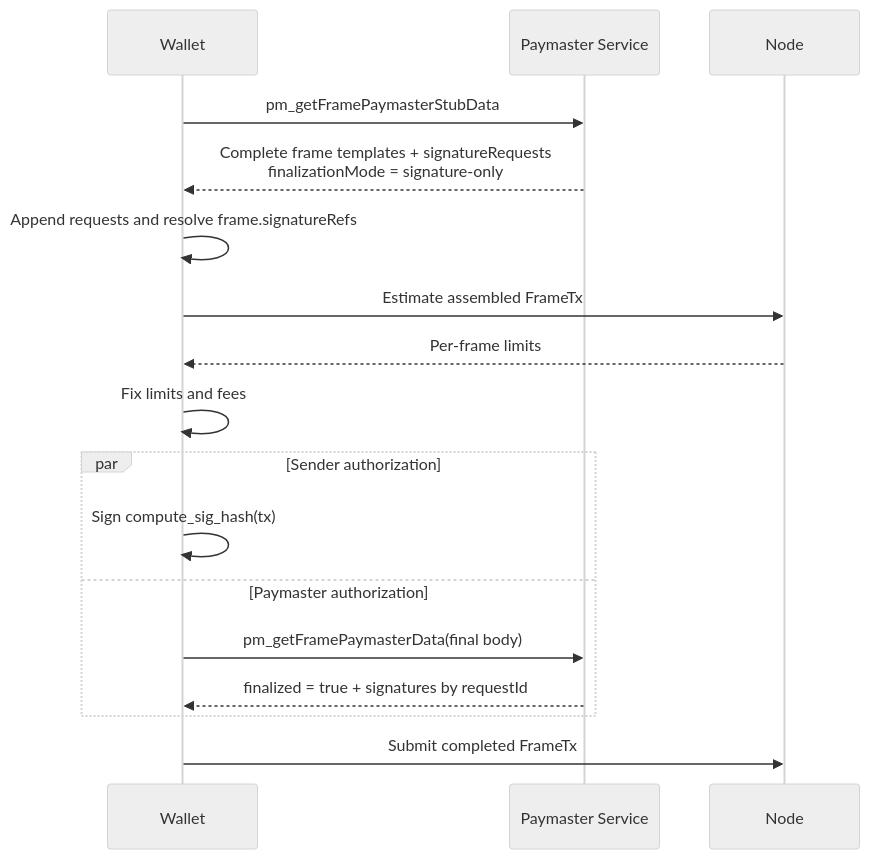
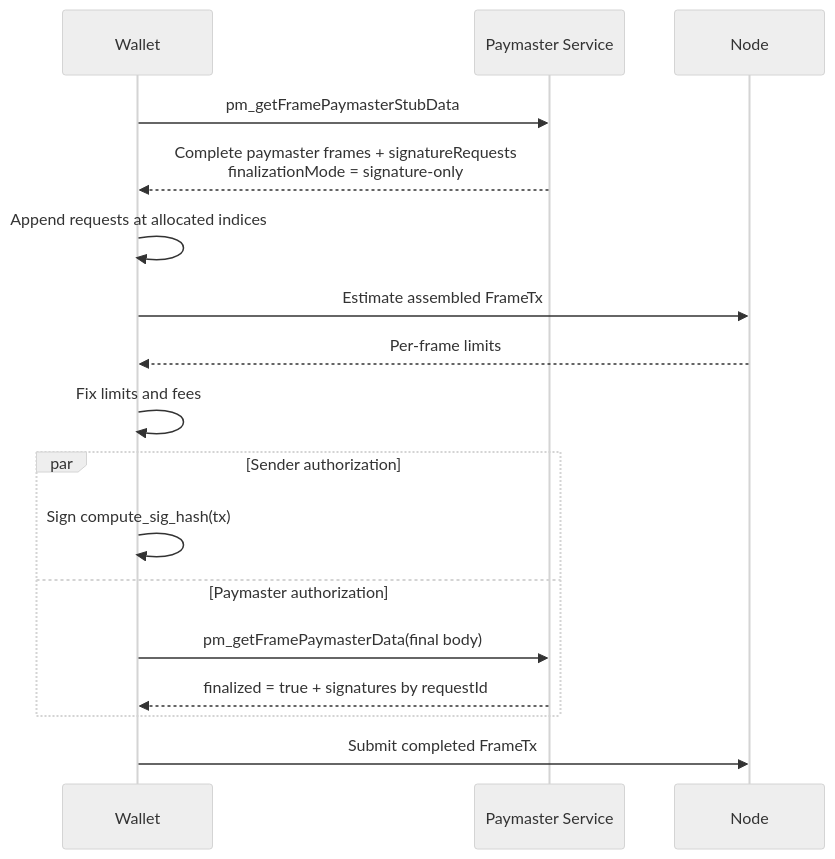
Before and after one commit to leekt/EIPs: the third of 4 diagrams in EIPS/eip-draft_frame-paymaster-service.md, drawn with Mermaid (neutral theme). The commit also changed other lines of this file, not shown here.

Commit message:
docs: recast frame paymaster service as ERC-7677 extension

````diff
--- a/EIPS/eip-draft_frame-paymaster-service.md
+++ b/EIPS/eip-draft_frame-paymaster-service.md
@@ -279,22 +322,22 @@
 ```mermaid
 sequenceDiagram
     participant W as Wallet
     participant P as Paymaster Service
     participant N as Node
 
     W->>P: pm_getFramePaymasterStubData
-    P-->>W: Complete frame templates + signatureRequests<br/>finalizationMode = signature-only
-    W->>W: Append requests and resolve frame.signatureRefs
+    P-->>W: Complete paymaster frames + signatureRequests<br/>finalizationMode = signature-only
+    W->>W: Append requests at allocated indices
     W->>N: Estimate assembled FrameTx
     N-->>W: Per-frame limits
     W->>W: Fix limits and fees
 
     par Sender authorization
         W->>W: Sign compute_sig_hash(tx)
     and Paymaster authorization
         W->>P: pm_getFramePaymasterData(final body)
         P-->>W: finalized = true + signatures by requestId
     end
 
     W->>N: Submit completed FrameTx
 ```
````
